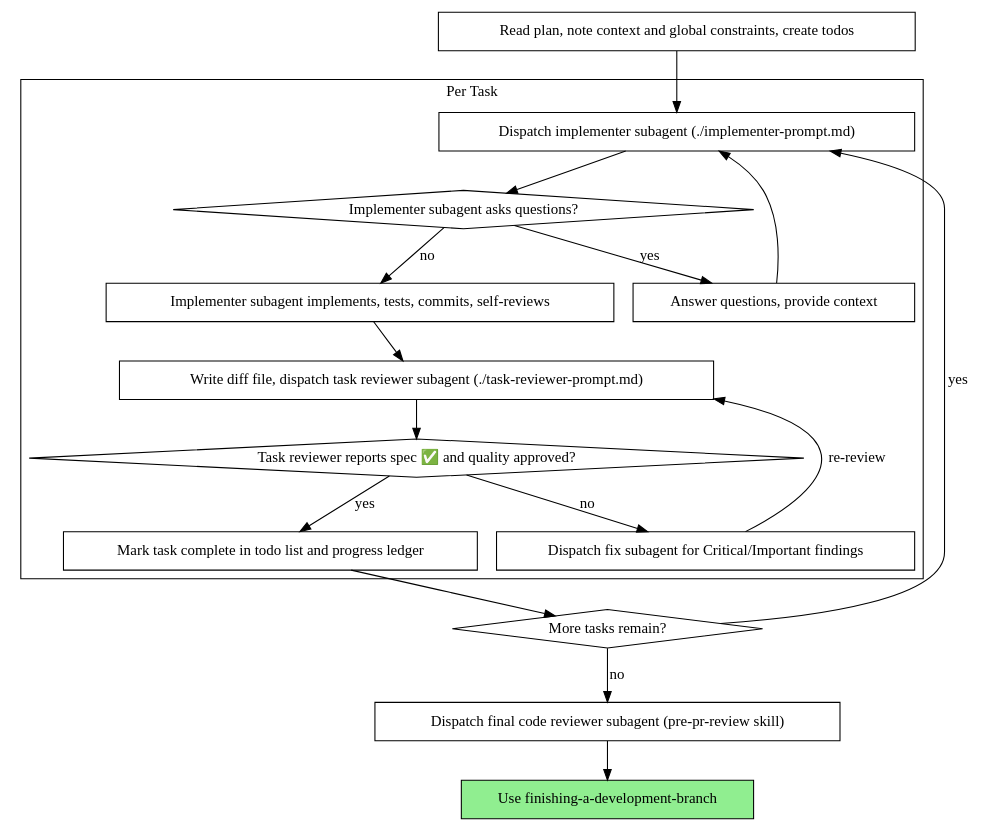
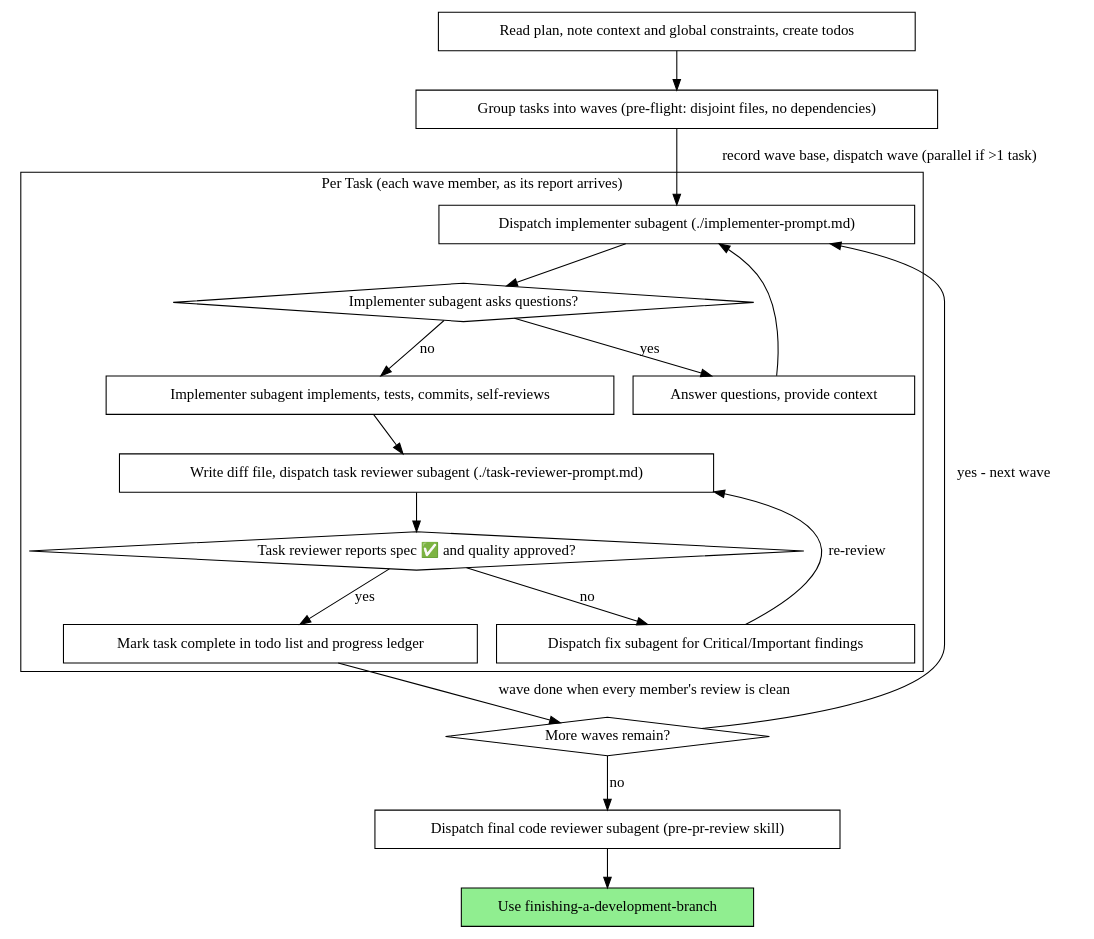
Before and after one commit to sanjaesuresh/s-suite: the second of 2 diagrams in global/skills/subagent-driven-development/SKILL.md, drawn with Graphviz. The commit also changed other lines of this file and 2 other files, not shown here.

First line of the commit message:
subagent-driven-development: run disjoint tasks as parallel waves

````diff
--- a/global/skills/subagent-driven-development/SKILL.md
+++ b/global/skills/subagent-driven-development/SKILL.md
@@ -47,37 +47,39 @@
 ```dot
 digraph process {
     rankdir=TB;
 
     subgraph cluster_per_task {
-        label="Per Task";
+        label="Per Task (each wave member, as its report arrives)";
         "Dispatch implementer subagent (./implementer-prompt.md)" [shape=box];
         "Implementer subagent asks questions?" [shape=diamond];
         "Answer questions, provide context" [shape=box];
         "Implementer subagent implements, tests, commits, self-reviews" [shape=box];
         "Write diff file, dispatch task reviewer subagent (./task-reviewer-prompt.md)" [shape=box];
         "Task reviewer reports spec ✅ and quality approved?" [shape=diamond];
         "Dispatch fix subagent for Critical/Important findings" [shape=box];
         "Mark task complete in todo list and progress ledger" [shape=box];
     }
 
     "Read plan, note context and global constraints, create todos" [shape=box];
-    "More tasks remain?" [shape=diamond];
+    "Group tasks into waves (pre-flight: disjoint files, no dependencies)" [shape=box];
+    "More waves remain?" [shape=diamond];
     "Dispatch final code reviewer subagent (pre-pr-review skill)" [shape=box];
     "Use finishing-a-development-branch" [shape=box style=filled fillcolor=lightgreen];
 
-    "Read plan, note context and global constraints, create todos" -> "Dispatch implementer subagent (./implementer-prompt.md)";
+    "Read plan, note context and global constraints, create todos" -> "Group tasks into waves (pre-flight: disjoint files, no dependencies)";
+    "Group tasks into waves (pre-flight: disjoint files, no dependencies)" -> "Dispatch implementer subagent (./implementer-prompt.md)" [label="record wave base, dispatch wave (parallel if >1 task)"];
     "Dispatch implementer subagent (./implementer-prompt.md)" -> "Implementer subagent asks questions?";
     "Implementer subagent asks questions?" -> "Answer questions, provide context" [label="yes"];
     "Answer questions, provide context" -> "Dispatch implementer subagent (./implementer-prompt.md)";
     "Implementer subagent asks questions?" -> "Implementer subagent implements, tests, commits, self-reviews" [label="no"];
     "Implementer subagent implements, tests, commits, self-reviews" -> "Write diff file, dispatch task reviewer subagent (./task-reviewer-prompt.md)";
     "Write diff file, dispatch task reviewer subagent (./task-reviewer-prompt.md)" -> "Task reviewer reports spec ✅ and quality approved?";
     "Task reviewer reports spec ✅ and quality approved?" -> "Dispatch fix subagent for Critical/Important findings" [label="no"];
     "Dispatch fix subagent for Critical/Important findings" -> "Write diff file, dispatch task reviewer subagent (./task-reviewer-prompt.md)" [label="re-review"];
     "Task reviewer reports spec ✅ and quality approved?" -> "Mark task complete in todo list and progress ledger" [label="yes"];
-    "Mark task complete in todo list and progress ledger" -> "More tasks remain?";
-    "More tasks remain?" -> "Dispatch implementer subagent (./implementer-prompt.md)" [label="yes"];
-    "More tasks remain?" -> "Dispatch final code reviewer subagent (pre-pr-review skill)" [label="no"];
+    "Mark task complete in todo list and progress ledger" -> "More waves remain?" [label="wave done when every member's review is clean"];
+    "More waves remain?" -> "Dispatch implementer subagent (./implementer-prompt.md)" [label="yes - next wave"];
+    "More waves remain?" -> "Dispatch final code reviewer subagent (pre-pr-review skill)" [label="no"];
     "Dispatch final code reviewer subagent (pre-pr-review skill)" -> "Use finishing-a-development-branch";
 }
 ```
````
